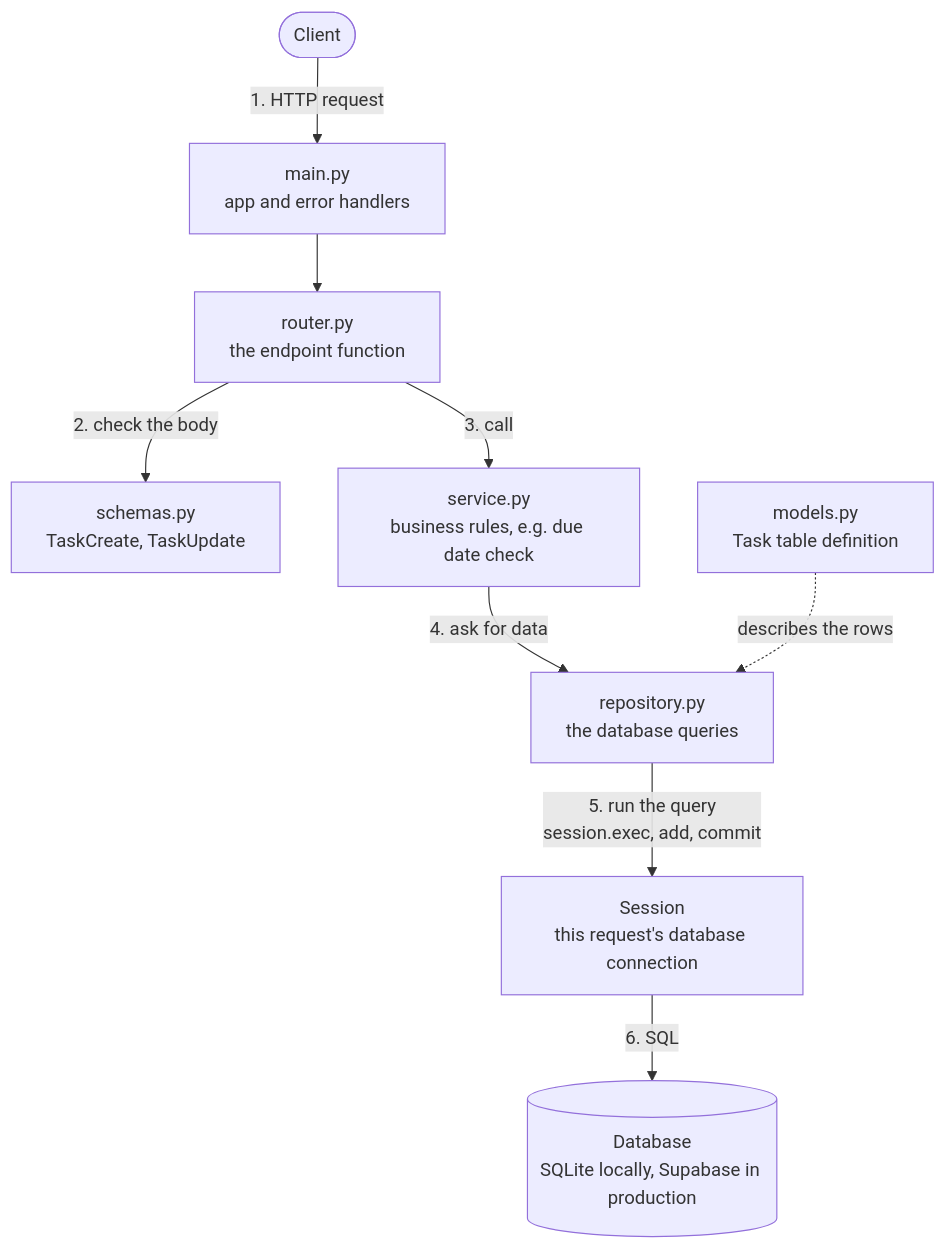
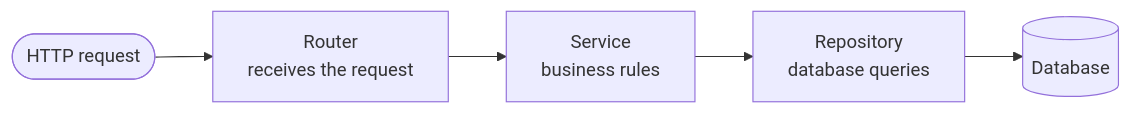
Before and after one commit to sayef-reyadh-labs/smarter-todo: the second of 2 diagrams in README.md, drawn with Mermaid. The commit also changed other lines of this file, not shown here.

Commit message:
docs: simplify the readme diagrams to a high-level view (#3)

````diff
--- a/README.md
+++ b/README.md
@@ -75,11 +65,7 @@
 ```mermaid
-flowchart TD
-    client(["Client"]) -->|"1. HTTP request"| main["main.py<br/>app and error handlers"]
-    main --> router["router.py<br/>the endpoint function"]
-    router -->|"2. check the body"| schemas["schemas.py<br/>TaskCreate, TaskUpdate"]
-    router -->|"3. call"| service["service.py<br/>business rules, e.g. due date check"]
-    service -->|"4. ask for data"| repo["repository.py<br/>the database queries"]
-    repo -->|"5. run the query<br/>session.exec, add, commit"| session["Session<br/>this request's database connection"]
-    session -->|"6. SQL"| db[("Database<br/>SQLite locally, Supabase in production")]
-    models["models.py<br/>Task table definition"] -.->|"describes the rows"| repo
+flowchart LR
+    req(["HTTP request"]) --> router["Router<br/>receives the request"]
+    router --> service["Service<br/>business rules"]
+    service --> repo["Repository<br/>database queries"]
+    repo --> db[("Database")]
 ```
````
